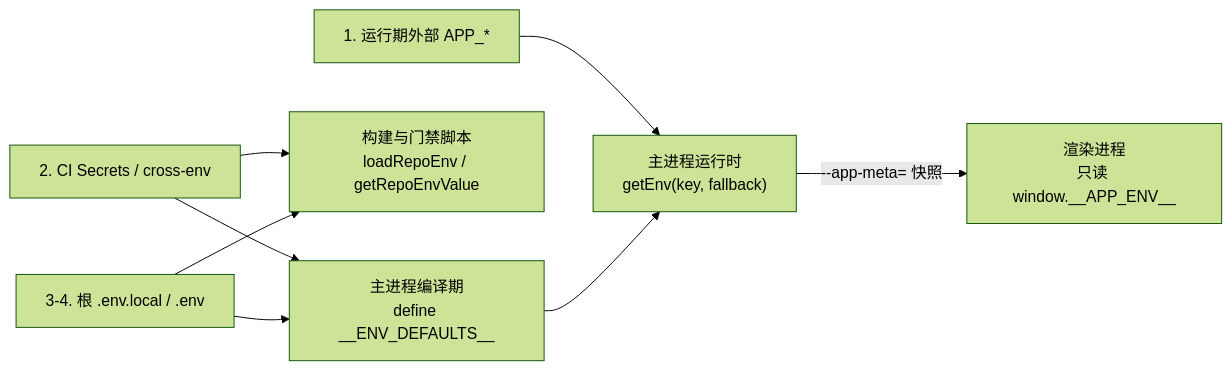
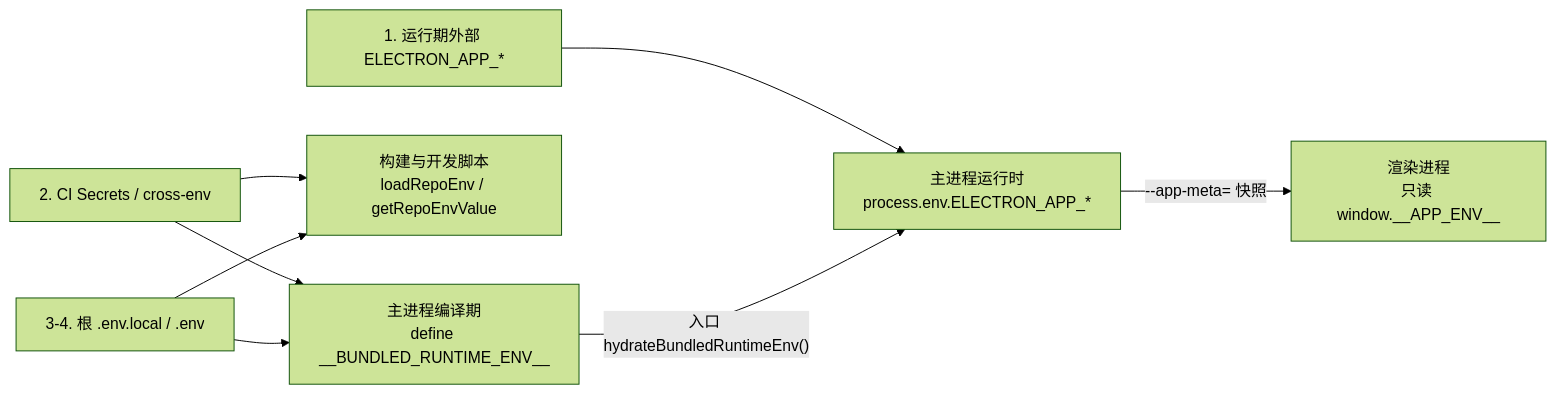
The diagram in packages/docs/src/pages/engineering/env-vars.md (BanShan-Alec/electron-react-monorepo-template), drawn with Mermaid (forest theme) before and after one commit. The commit also changed other lines of this file and 4 other files, not shown here.

Commit message:
docs(docs): 同步环境变量与相关文档至 ELECTRON_APP_ 运行时机制

````diff
--- a/packages/docs/src/pages/engineering/env-vars.md
+++ b/packages/docs/src/pages/engineering/env-vars.md
@@ -29,10 +30,10 @@
 ```mermaid
 flowchart LR
-  S1["1. 运行期外部 APP_*"] --> MRun
+  S1["1. 运行期外部 ELECTRON_APP_*"] --> MRun
   S2["2. CI Secrets / cross-env"] --> Build
   S2 --> MBuild
-  S3["3-4. 根 .env.local / .env"] --> Build["构建与门禁脚本<br/>loadRepoEnv / getRepoEnvValue"]
-  S3 --> MBuild["主进程编译期<br/>define __ENV_DEFAULTS__"]
-  MBuild --> MRun["主进程运行时<br/>getEnv(key, fallback)"]
+  S3["3-4. 根 .env.local / .env"] --> Build["构建与开发脚本<br/>loadRepoEnv / getRepoEnvValue"]
+  S3 --> MBuild["主进程编译期<br/>define __BUNDLED_RUNTIME_ENV__"]
+  MBuild -->|"入口 hydrateBundledRuntimeEnv()"| MRun["主进程运行时<br/>process.env.ELECTRON_APP_*"]
   MRun -->|"--app-meta= 快照"| RRun["渲染进程<br/>只读 window.__APP_ENV__"]
 ```
````
